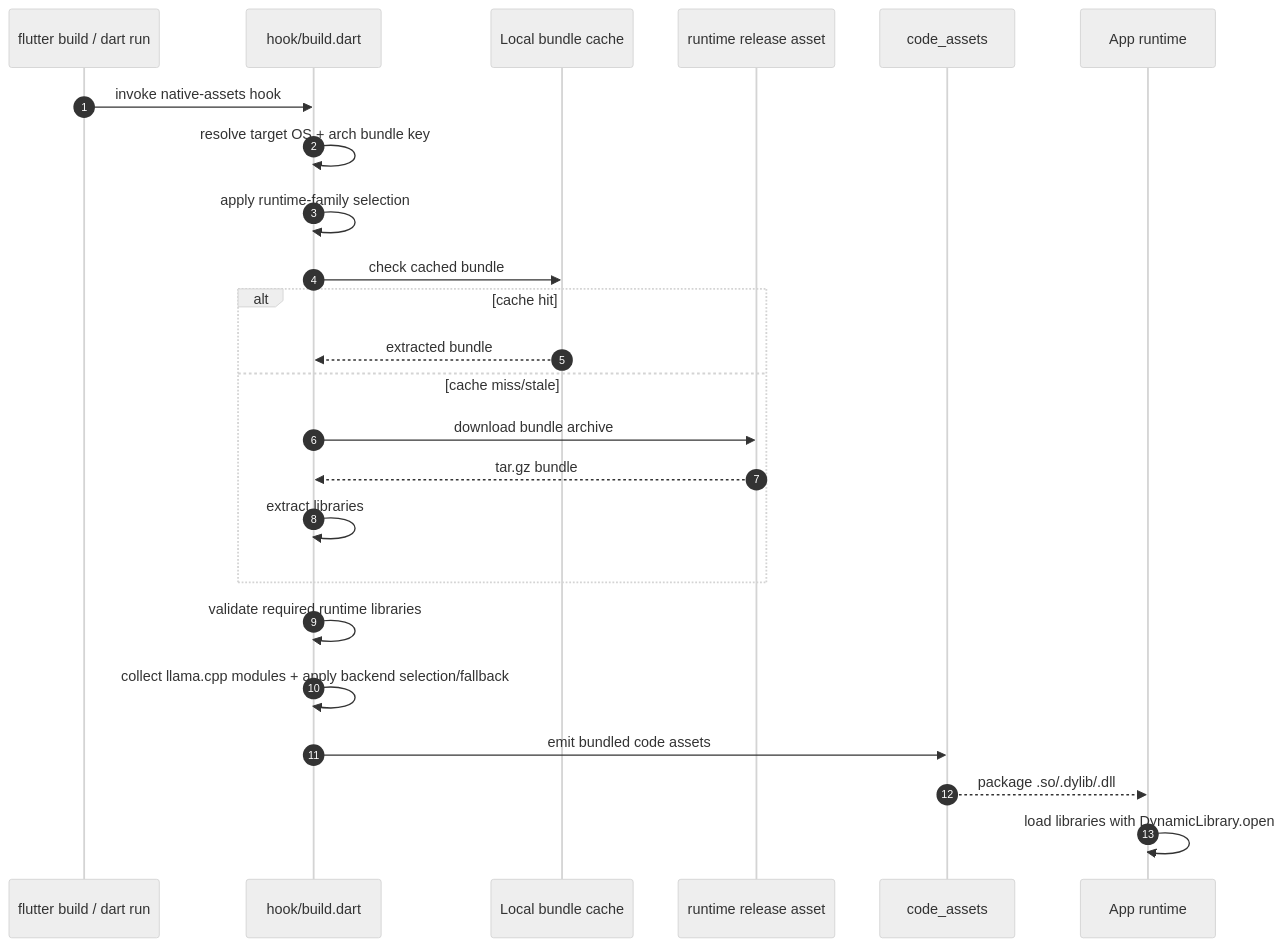
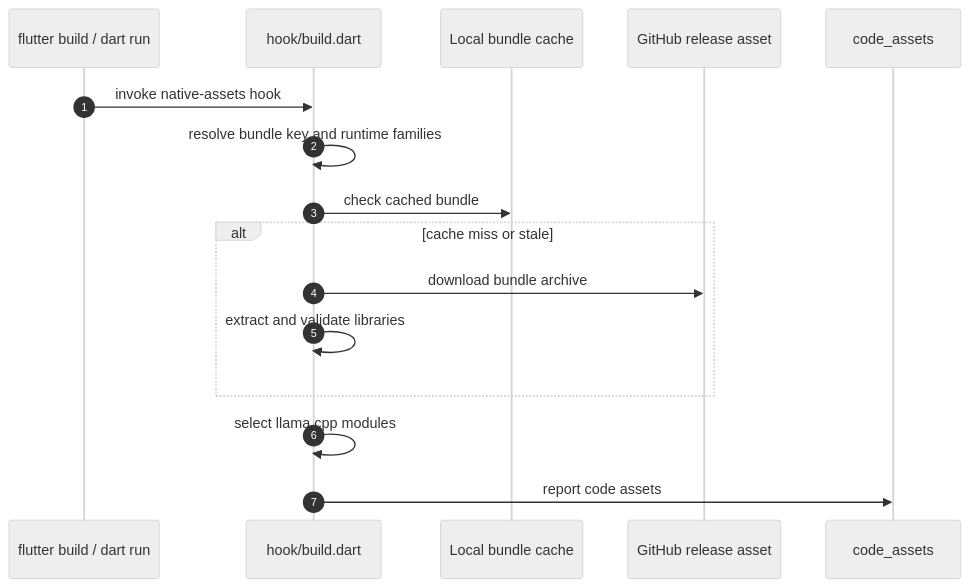
One commit to leehack/llamadart changed the diagram in website/docs/platforms/native-build-hooks.md. Above: the diagram before and after it, drawn with Mermaid (neutral theme). The commit also changed other lines of this file and 52 other files, not shown here.

````diff
--- a/website/docs/platforms/native-build-hooks.md
+++ b/website/docs/platforms/native-build-hooks.md
@@ -17,27 +196,19 @@
 ```mermaid
 sequenceDiagram
     autonumber
     participant Build as flutter build / dart run
     participant Hook as hook/build.dart
     participant Cache as Local bundle cache
-    participant Release as runtime release asset
+    participant Release as GitHub release asset
     participant Assets as code_assets
-    participant Runtime as App runtime
 
     Build->>Hook: invoke native-assets hook
-    Hook->>Hook: resolve target OS + arch bundle key
-    Hook->>Hook: apply runtime-family selection
+    Hook->>Hook: resolve bundle key and runtime families
     Hook->>Cache: check cached bundle
-    alt cache hit
-        Cache-->>Hook: extracted bundle
-    else cache miss/stale
+    alt cache miss or stale
         Hook->>Release: download bundle archive
-        Release-->>Hook: tar.gz bundle
-        Hook->>Hook: extract libraries
+        Hook->>Hook: extract and validate libraries
     end
-    Hook->>Hook: validate required runtime libraries
-    Hook->>Hook: collect llama.cpp modules + apply backend selection/fallback
-    Hook->>Assets: emit bundled code assets
-    Assets-->>Runtime: package .so/.dylib/.dll
-    Runtime->>Runtime: load libraries with DynamicLibrary.open
+    Hook->>Hook: select llama.cpp modules
+    Hook->>Assets: report code assets
 ```
````
